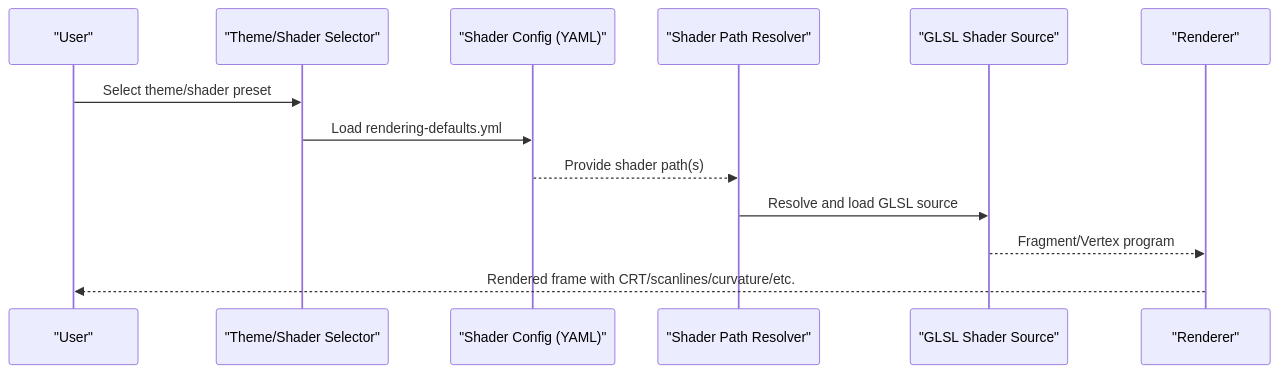
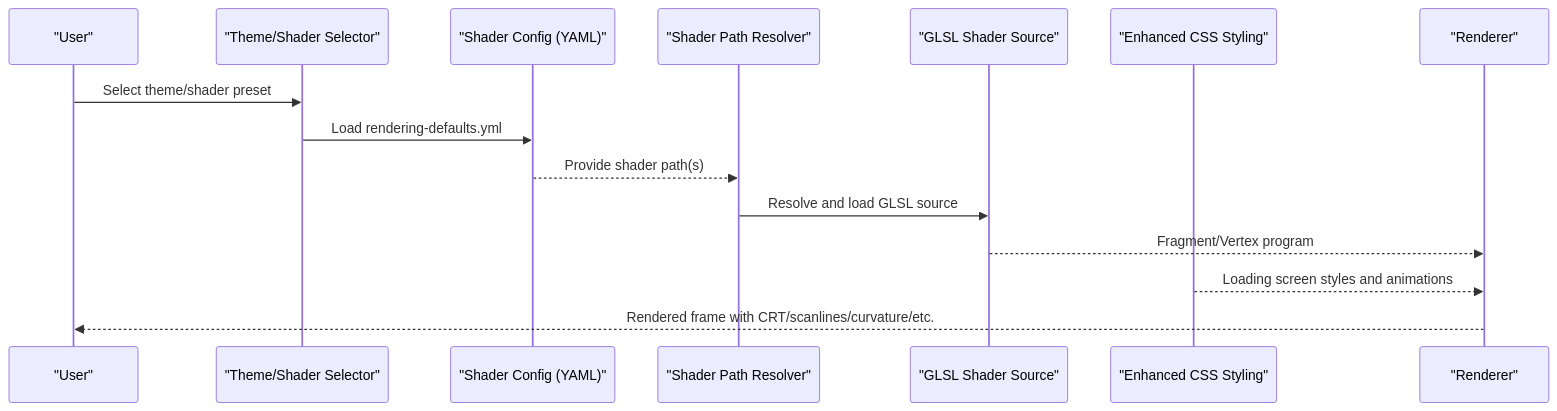
The second of 7 diagrams in .qoder/repowiki/en/content/Visual Customization/Visual Customization.md (marcoriesco/RIESCADE_SYSTEM), drawn with Mermaid before and after one commit. The commit also changed other lines of this file and 10 other files, not shown here.

````diff
--- a/.qoder/repowiki/en/content/Visual Customization/Visual Customization.md
+++ b/.qoder/repowiki/en/content/Visual Customization/Visual Customization.md
@@ -113,15 +150,17 @@
 ```mermaid
 sequenceDiagram
 participant User as "User"
 participant UI as "Theme/Shader Selector"
 participant Config as "Shader Config (YAML)"
 participant Resolver as "Shader Path Resolver"
 participant Shader as "GLSL Shader Source"
+participant CSS as "Enhanced CSS Styling"
 participant Renderer as "Renderer"
 User->>UI : Select theme/shader preset
 UI->>Config : Load rendering-defaults.yml
 Config-->>Resolver : Provide shader path(s)
 Resolver->>Shader : Resolve and load GLSL source
 Shader-->>Renderer : Fragment/Vertex program
+CSS-->>Renderer : Loading screen styles and animations
 Renderer-->>User : Rendered frame with CRT/scanlines/curvature/etc.
 ```
````
